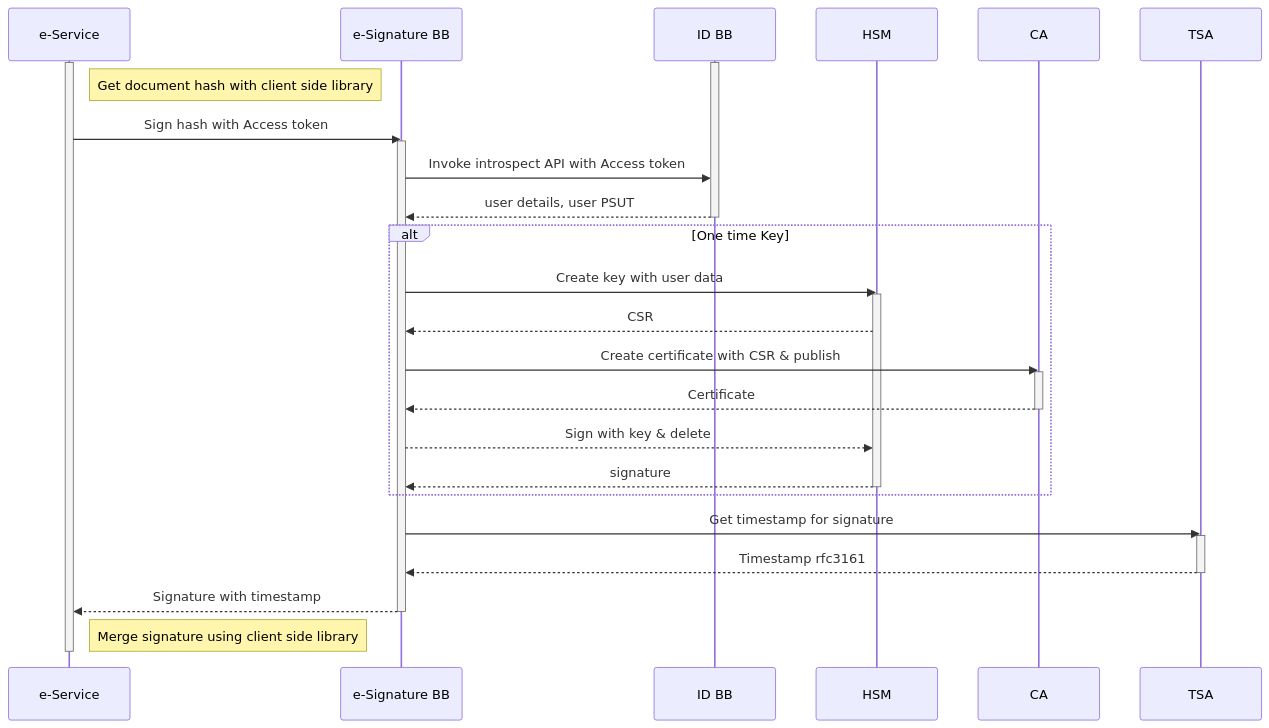
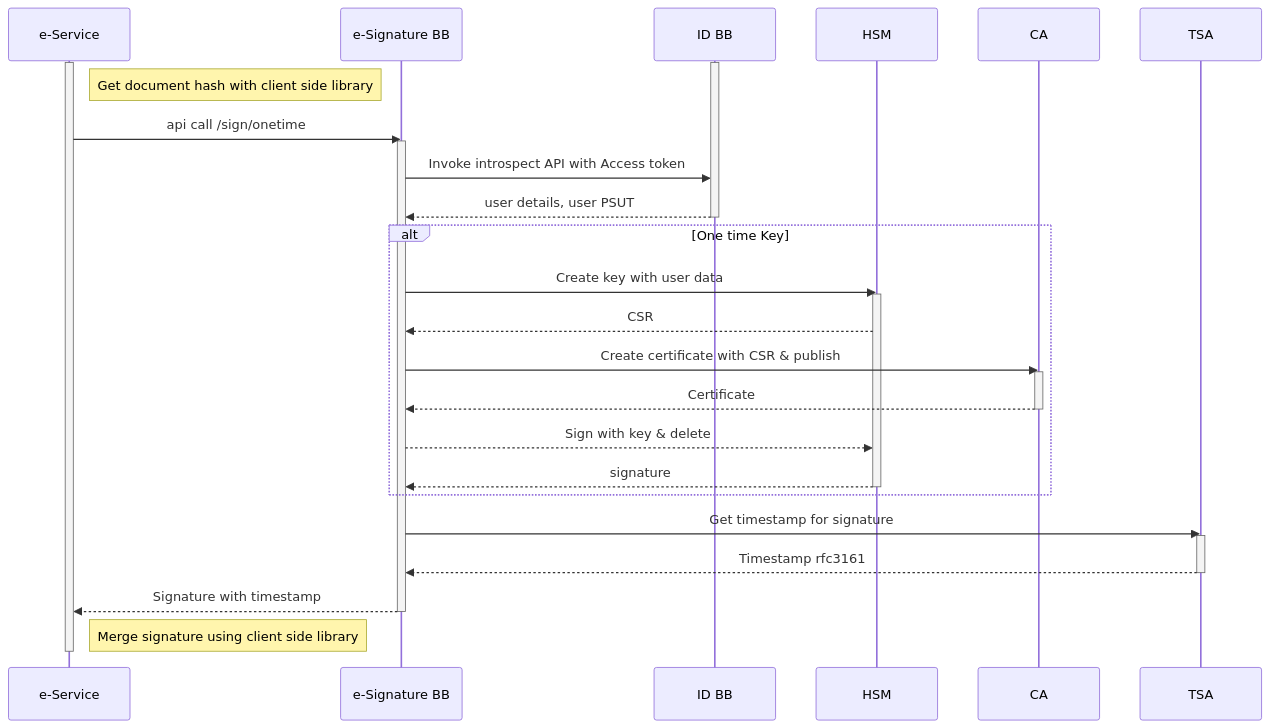
The first of 3 diagrams in spec/9-workflows.md (GovStackWorkingGroup/bb-esignature), drawn with Mermaid before and after one commit. The commit also changed other lines of this file, not shown here.

````diff
--- a/spec/9-workflows.md
+++ b/spec/9-workflows.md
@@ -23,32 +23,33 @@
 ```mermaid
 sequenceDiagram
     activate ID BB
     activate e-Service
     Note right of e-Service: Get document hash with client side library
-    e-Service->>e-Signature BB: Sign hash with Access token
+    e-Service->>e-Signature BB: api call /sign/onetime
+ 
     activate e-Signature BB
     e-Signature BB->>ID BB: Invoke introspect API with Access token
     ID BB-->>e-Signature BB: user details, user PSUT
     deactivate ID BB
     alt One time Key
     e-Signature BB->>HSM: Create key with user data
     activate HSM
     HSM-->>e-Signature BB: CSR
     e-Signature BB->>CA: Create certificate with CSR & publish
     activate CA
     CA-->>e-Signature BB: Certificate
     deactivate CA
     e-Signature BB-->>HSM: Sign with key & delete
     HSM-->>e-Signature BB: signature
     deactivate HSM
     end
     e-Signature BB->>TSA: Get timestamp for signature
     activate TSA
     TSA-->>e-Signature BB: Timestamp rfc3161
     deactivate TSA
     e-Signature BB-->>e-Service: Signature with timestamp
     deactivate e-Signature BB
     Note right of e-Service: Merge signature using client side library
     deactivate e-Service
 
 ```
````
